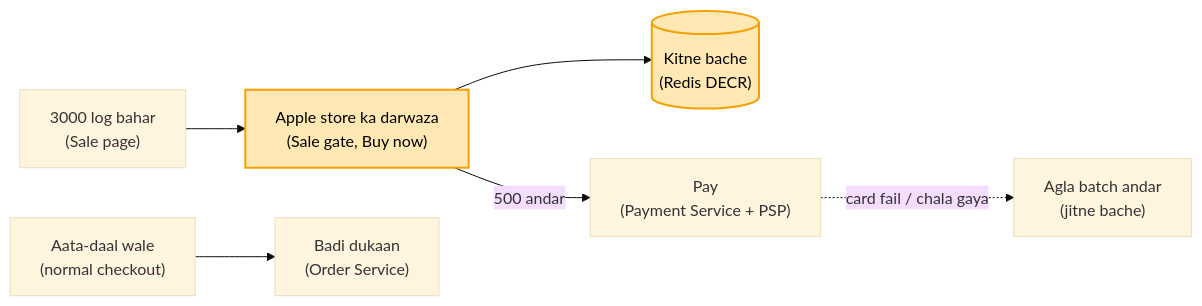
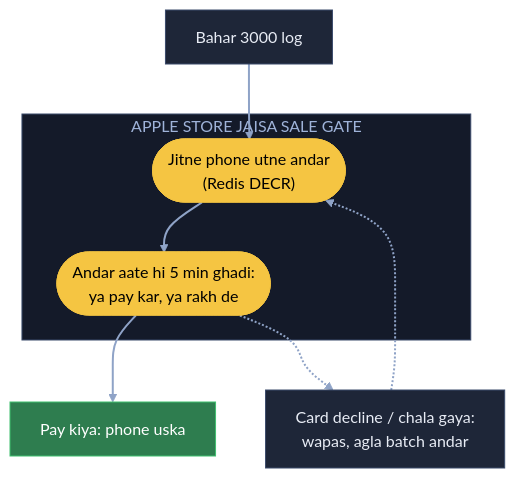
One commit to ArpanMaheshwari144/Prep changed the sixth of 7 diagrams in 04_HLD/SYSTEM_DESIGNS/17_ecommerce/17_ecommerce.md. Above: the diagram before and after it, drawn with Mermaid (base theme). The commit also changed other lines of this file, not shown here.

Commit message:
E-commerce: 7 diagram hand notes ke shabdon se (mausi ka mart, godown / shelf, sale gate)

````diff
--- a/04_HLD/SYSTEM_DESIGNS/17_ecommerce/17_ecommerce.md
+++ b/04_HLD/SYSTEM_DESIGNS/17_ecommerce/17_ecommerce.md
@@ -172,10 +228,21 @@
 ```mermaid
-flowchart LR
-    U["3000 log bahar<br/>(Sale page)"] --> GT["Apple store ka darwaza<br/>(Sale gate, Buy now)"]
-    GT --> C[("Kitne bache<br/>(Redis DECR)")]
-    GT -- "500 andar" --> P["Pay<br/>(Payment Service + PSP)"]
-    P -. "card fail / chala gaya" .-> NB["Agla batch andar<br/>(jitne bache)"]
-    N["Aata-daal wale<br/>(normal checkout)"] --> O["Badi dukaan<br/>(Order Service)"]
-    style GT fill:#ffe8b3,stroke:#f59f00,stroke-width:2px,color:#000
-    style C fill:#ffe8b3,stroke:#f59f00,stroke-width:2px,color:#000
+flowchart TB
+    U["Bahar 3000 log"]:::card
+    subgraph AG["APPLE STORE JAISA SALE GATE"]
+        G(["Jitne phone utne andar<br/>(Redis DECR)"]):::pill
+        T(["Andar aate hi 5 min ghadi:<br/>ya pay kar, ya rakh de"]):::pill
+    end
+    P["Pay kiya: phone uska"]:::good
+    N["Card decline / chala gaya:<br/>wapas, agla batch andar"]:::card
+    U --> G
+    G --> T
+    T --> P
+    T -.-> N
+    N -.-> G
+    linkStyle default stroke:#8fa3c7,stroke-width:2px
+    classDef card fill:#1e2638,stroke:#3a4a6b,color:#e8ecf5
+    classDef pill fill:#f5c542,stroke:#f5c542,color:#000
+    classDef good fill:#2e7d4f,stroke:#3fbf6f,color:#fff
+    classDef bad fill:#5c1f24,stroke:#e05561,color:#fff
+    style AG fill:#141a29,stroke:#3a4a6b,color:#9fb3d9
 ```
````
